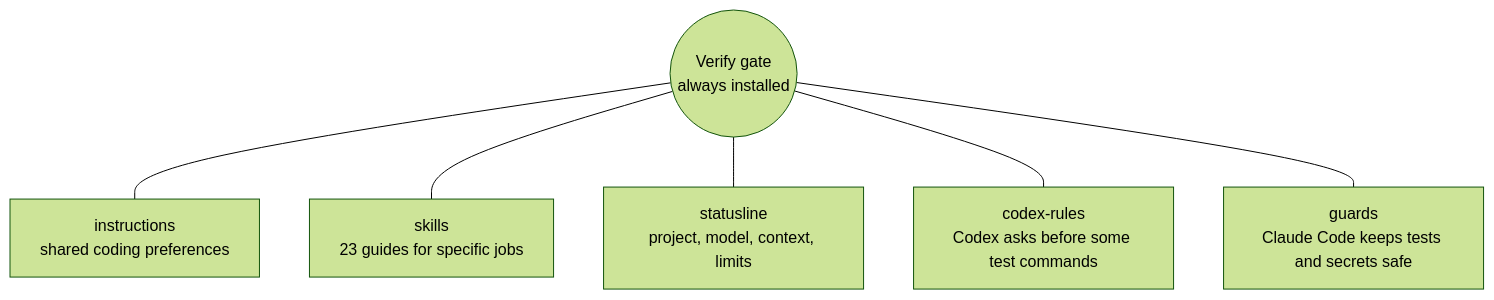
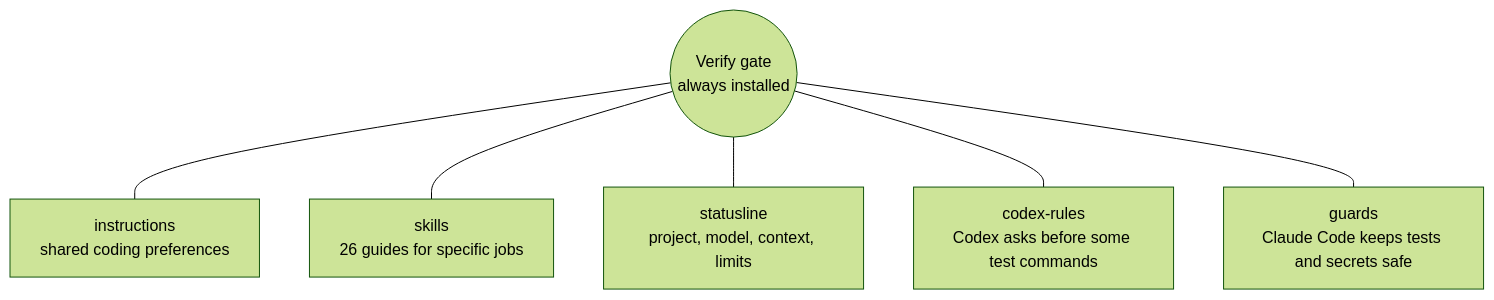
Before and after one commit to chrysogonus/power-agents: the sixth of 7 diagrams in docs/overview.md, drawn with Mermaid (forest theme). The commit also changed other lines of this file and 31 other files, not shown here.

````diff
--- a/docs/overview.md
+++ b/docs/overview.md
@@ -207,9 +207,9 @@
 ```mermaid
 flowchart TD
     G(("Verify gate<br/>always installed"))
     G --- I["instructions<br/>shared coding preferences"]
-    G --- S["skills<br/>23 guides for specific jobs"]
+    G --- S["skills<br/>26 guides for specific jobs"]
     G --- T["statusline<br/>project, model, context, limits"]
     G --- R["codex-rules<br/>Codex asks before some test commands"]
     G --- D["guards<br/>Claude Code keeps tests and secrets safe"]
 ```
````
